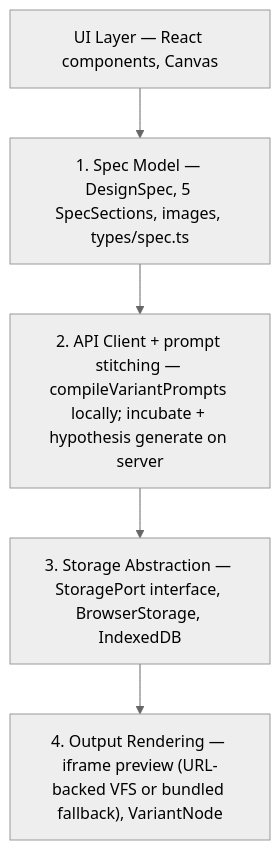
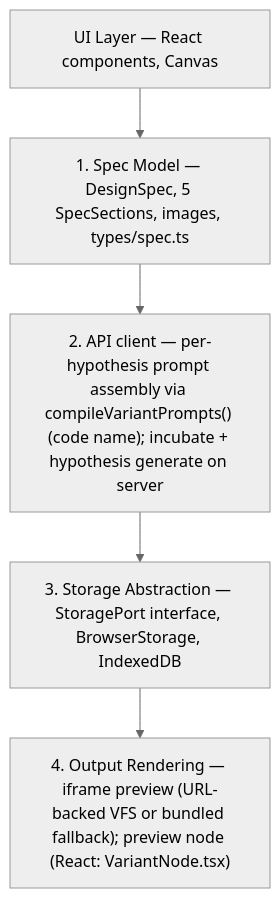
One commit to wolfyy970/designer changed the third of 4 diagrams in ARCHITECTURE.md. Above: the diagram before and after it, drawn with Mermaid (neutral theme). The commit also changed other lines of this file and 8 other files, not shown here.

First line of the commit message:
docs: align terminology — incubate, preview, prompt assembly

````diff
--- a/ARCHITECTURE.md
+++ b/ARCHITECTURE.md
@@ -112,10 +112,10 @@
 ```mermaid
 flowchart TB
   ui["UI Layer — React components, Canvas"]
   spec["1. Spec Model — DesignSpec, 5 SpecSections, images, types/spec.ts"]
-  api["2. API Client + prompt stitching — compileVariantPrompts locally; incubate + hypothesis generate on server"]
+  api["2. API client — per-hypothesis prompt assembly via compileVariantPrompts() (code name); incubate + hypothesis generate on server"]
   storage["3. Storage Abstraction — StoragePort interface, BrowserStorage, IndexedDB"]
-  output["4. Output Rendering — iframe preview (URL-backed VFS or bundled fallback), VariantNode"]
+  output["4. Output Rendering — iframe preview (URL-backed VFS or bundled fallback); preview node (React: VariantNode.tsx)"]
 
   ui --> spec --> api --> storage --> output
 ```
````
